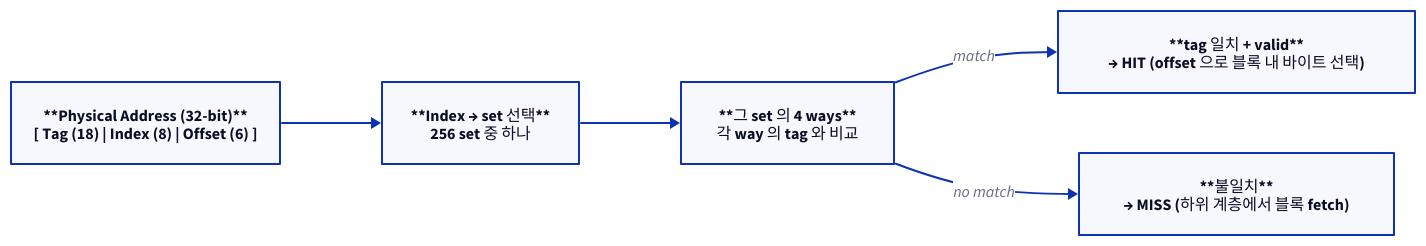
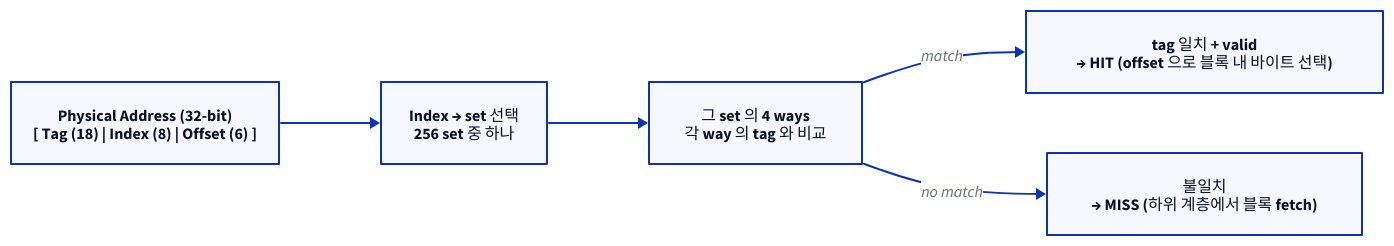
The first of 2 diagrams in starlight_site/src/content/docs/computer_architecture/11_cache_organization.md (humbleowl39/DV_SKOOL), drawn with D2 before and after one commit. The commit also changed other lines of this file and 714 other files, not shown here.

First line of the commit message:
fix(site): d2 다이어그램 가독성 결함 6종 일괄 수정

````diff
--- a/starlight_site/src/content/docs/computer_architecture/11_cache_organization.md
+++ b/starlight_site/src/content/docs/computer_architecture/11_cache_organization.md
@@ -31,13 +31,13 @@
 ```d2
 direction: right
 
-ADDR: "**Physical Address (32-bit)**\n[ Tag (18) | Index (8) | Offset (6) ]"
-IDX: "**Index → set 선택**\n256 set 중 하나"
-WAYS: "**그 set 의 4 ways**\n각 way 의 tag 와 비교"
-HIT: "**tag 일치 + valid**\n→ HIT (offset 으로 블록 내 바이트 선택)"
-MISS: "**불일치**\n→ MISS (하위 계층에서 블록 fetch)"
+ADDR: "Physical Address (32-bit)\n[ Tag (18) | Index (8) | Offset (6) ]"
+IDX: "Index → set 선택\n256 set 중 하나"
+WAYS: "그 set 의 4 ways\n각 way 의 tag 와 비교"
+HIT: "tag 일치 + valid\n→ HIT (offset 으로 블록 내 바이트 선택)"
+MISS: "불일치\n→ MISS (하위 계층에서 블록 fetch)"
 
 ADDR -> IDX -> WAYS
 WAYS -> HIT: "match"
 WAYS -> MISS: "no match"
 ```
````
